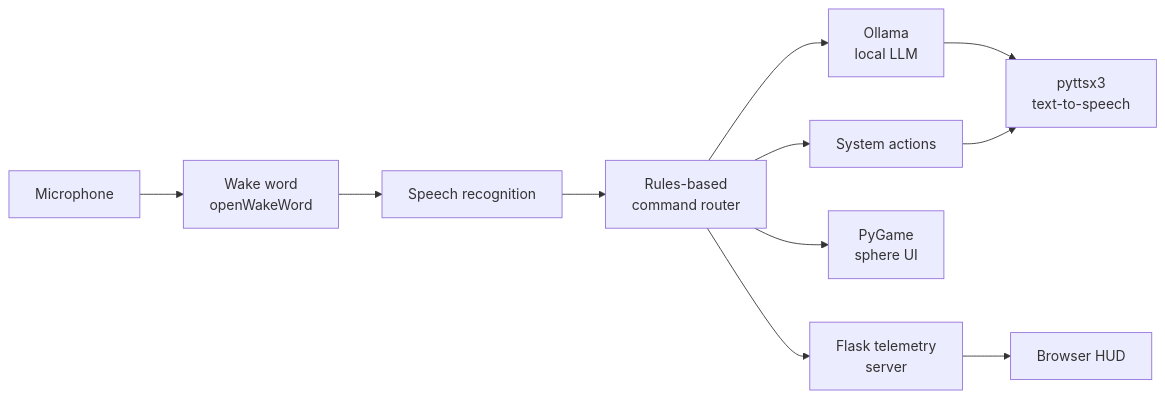
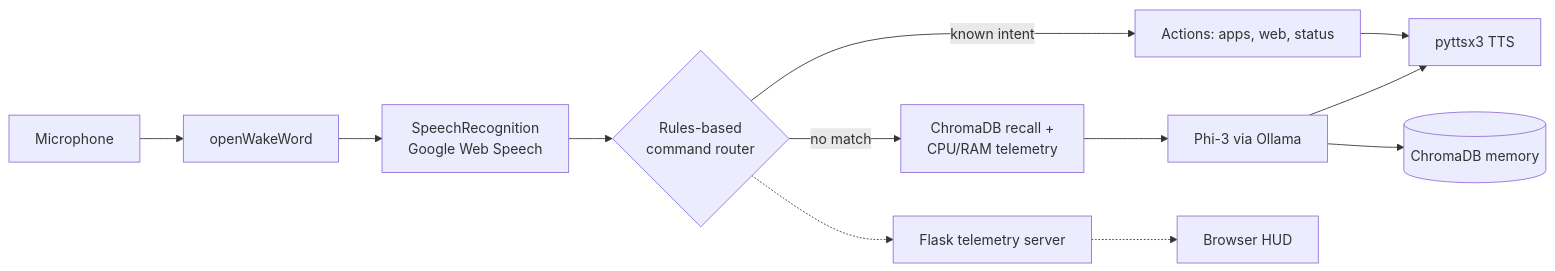
One commit to azzian669/JARVIS-A.I-assistant changed the diagram in README.md. Above: the diagram before and after it, drawn with Mermaid. The commit also changed other lines of this file, not shown here.

````diff
--- a/README.md
+++ b/README.md
@@ -20,13 +22,14 @@
 ```mermaid
 flowchart LR
-    MIC[Microphone] --> WW[Wake word<br/>openWakeWord]
-    WW --> SR[Speech recognition]
-    SR --> ROUTER[Rules-based<br/>command router]
-    ROUTER --> LLM[Ollama<br/>local LLM]
-    ROUTER --> ACT[System actions]
-    LLM --> TTS[pyttsx3<br/>text-to-speech]
-    ACT --> TTS
-    ROUTER --> UI[PyGame<br/>sphere UI]
-    ROUTER --> TEL[Flask telemetry<br/>server]
-    TEL --> HUD[Browser HUD]
+    MIC["Microphone"] --> WW["openWakeWord"]
+    WW --> STT["SpeechRecognition<br/>Google Web Speech"]
+    STT --> ROUTER{"Rules-based<br/>command router"}
+    ROUTER -->|known intent| ACT["Actions: apps, web, status"]
+    ROUTER -->|no match| CTX["ChromaDB recall +<br/>CPU/RAM telemetry"]
+    CTX --> LLM["Phi-3 via Ollama"]
+    LLM --> STORE[("ChromaDB memory")]
+    ACT --> TTS["pyttsx3 TTS"]
+    LLM --> TTS
+    ROUTER -.-> TEL["Flask telemetry server"]
+    TEL -.-> HUD["Browser HUD"]
 ```
````
